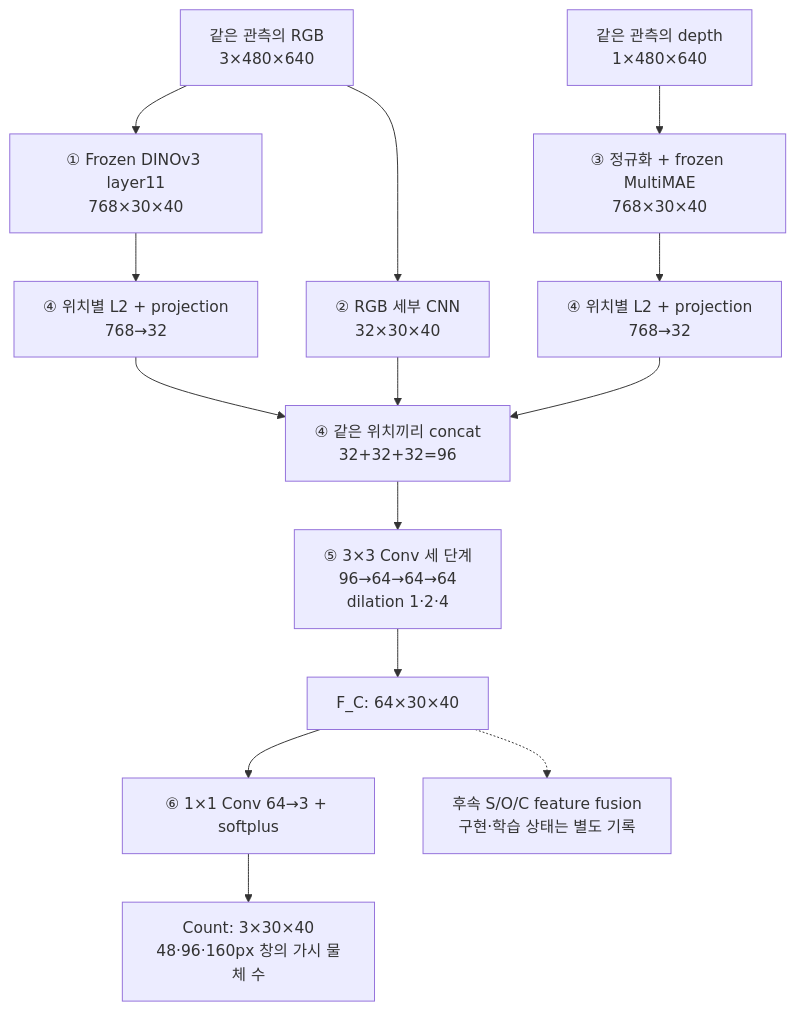
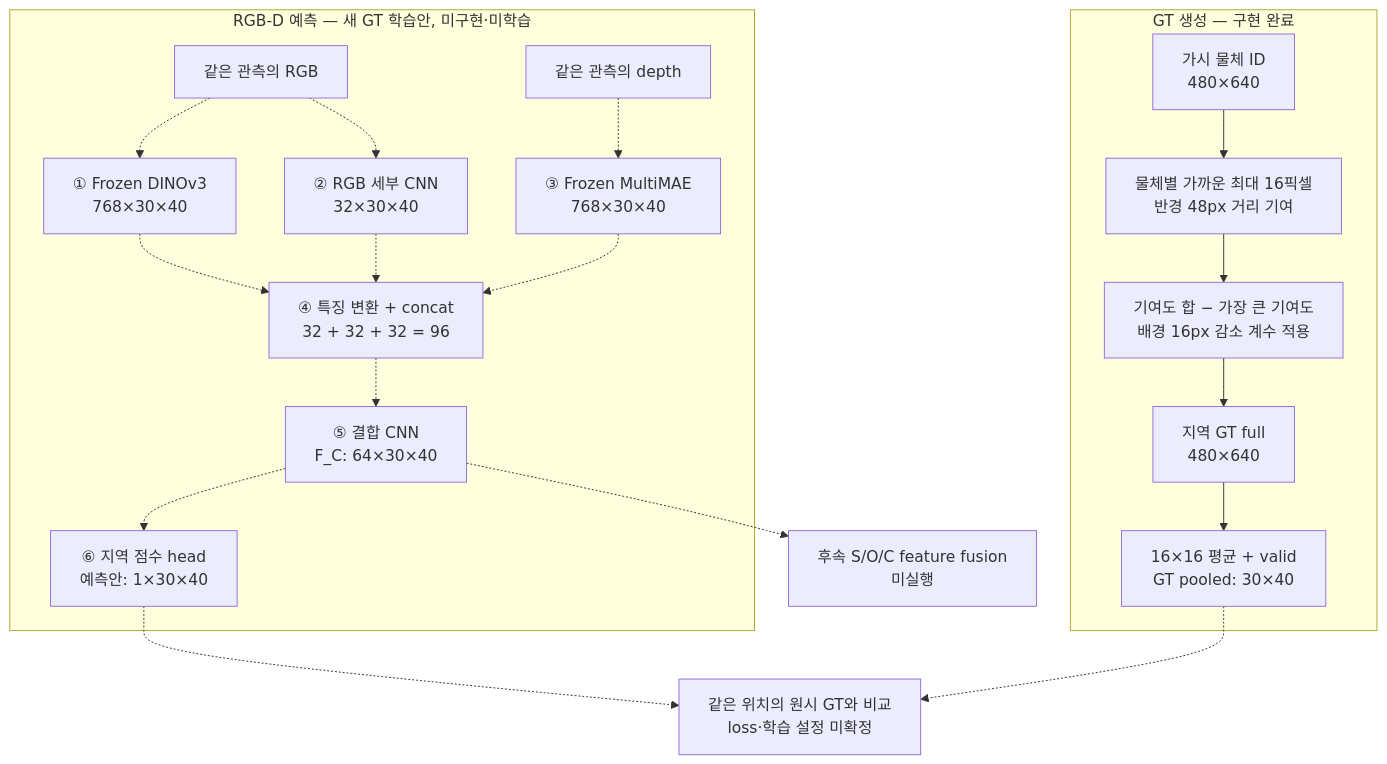
One commit to JeonHaneul/2D-PDM_DINOv3 changed the diagram in complexity_stream.md. Above: the diagram before and after it, drawn with Mermaid. The commit also changed other lines of this file and 7 other files, not shown here.

````diff
--- a/complexity_stream.md
+++ b/complexity_stream.md
@@ -51,16 +46,22 @@
 ```mermaid
 flowchart TB
-    RGB["같은 관측의 RGB<br/>3×480×640"] --> DINO["① Frozen DINOv3 layer11<br/>768×30×40"]
-    RGB --> DETAIL["② RGB 세부 CNN<br/>32×30×40"]
-    DEPTH["같은 관측의 depth<br/>1×480×640"] --> MAE["③ 정규화 + frozen MultiMAE<br/>768×30×40"]
-    DINO --> PD["④ 위치별 L2 + projection<br/>768→32"]
-    MAE --> PM["④ 위치별 L2 + projection<br/>768→32"]
-    PD --> CAT["④ 같은 위치끼리 concat<br/>32+32+32=96"]
-    DETAIL --> CAT
-    PM --> CAT
-    CAT --> FUSE["⑤ 3×3 Conv 세 단계<br/>96→64→64→64<br/>dilation 1·2·4"]
-    FUSE --> FC["F_C: 64×30×40"]
-    FC --> HEAD["⑥ 1×1 Conv 64→3 + softplus"]
-    HEAD --> COUNT["Count: 3×30×40<br/>48·96·160px 창의 가시 물체 수"]
-    FC -.-> FUTURE["후속 S/O/C feature fusion<br/>구현·학습 상태는 별도 기록"]
+    subgraph GT["GT 생성 — 구현 완료"]
+        ID["가시 물체 ID<br/>480×640"] --> DIST["물체별 가까운 최대 16픽셀<br/>반경 48px 거리 기여"]
+        DIST --> REGION["기여도 합 − 가장 큰 기여도<br/>배경 16px 감소 계수 적용"]
+        REGION --> FULL["지역 GT full<br/>480×640"]
+        FULL --> POOL["16×16 평균 + valid<br/>GT pooled: 30×40"]
+    end
+    subgraph MODEL["RGB-D 예측 — 새 GT 학습안, 미구현·미학습"]
+        RGB["같은 관측의 RGB"] -.-> DINO["① Frozen DINOv3<br/>768×30×40"]
+        RGB -.-> DETAIL["② RGB 세부 CNN<br/>32×30×40"]
+        DEPTH["같은 관측의 depth"] -.-> MAE["③ Frozen MultiMAE<br/>768×30×40"]
+        DINO -.-> CAT["④ 특징 변환 + concat<br/>32 + 32 + 32 = 96"]
+        DETAIL -.-> CAT
+        MAE -.-> CAT
+        CAT -.-> FC["⑤ 결합 CNN<br/>F_C: 64×30×40"]
+        FC -.-> PRED["⑥ 지역 점수 head<br/>예측안: 1×30×40"]
+    end
+    PRED -.-> LOSS["같은 위치의 원시 GT와 비교<br/>loss·학습 설정 미확정"]
+    POOL -.-> LOSS
+    FC -.-> FUSION["후속 S/O/C feature fusion<br/>미실행"]
 ```
````
